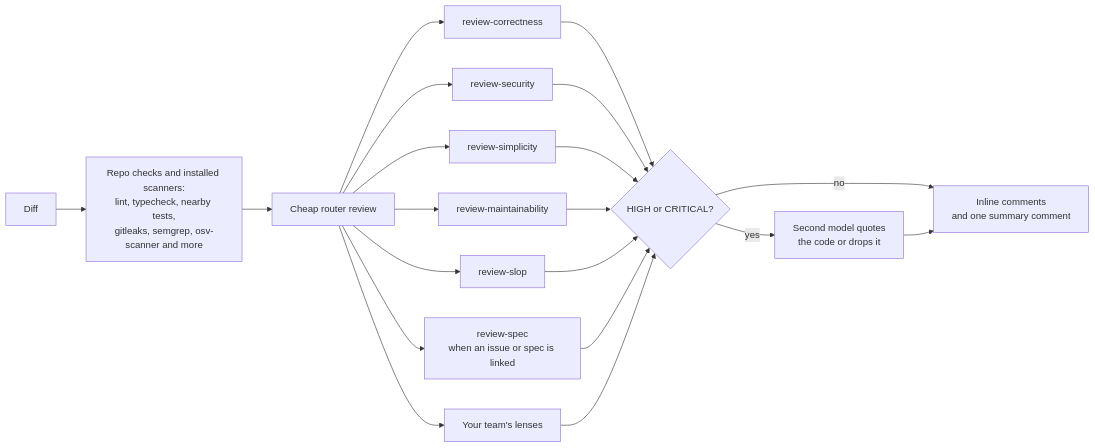
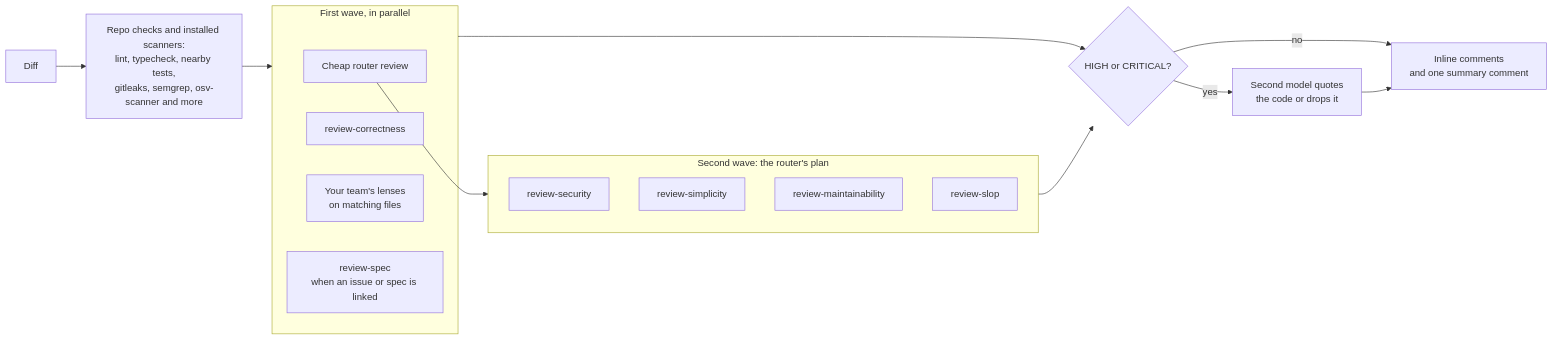
Before and after one commit to jagreehal/shepherd: the second of 3 diagrams in docs/src/content/docs/concepts/review-loop.md, drawn with Mermaid. The commit also changed other lines of this file and 32 other files, not shown here.

````diff
--- a/docs/src/content/docs/concepts/review-loop.md
+++ b/docs/src/content/docs/concepts/review-loop.md
@@ -35,16 +35,22 @@
 ```mermaid
 flowchart LR
     D[Diff] --> CK[Repo checks and installed scanners:<br/>lint, typecheck, nearby tests,<br/>gitleaks, semgrep, osv-scanner and more]
-    CK --> RT[Cheap router review]
-    RT --> L1[review-correctness]
-    RT --> L2[review-security]
-    RT --> L3[review-simplicity]
-    RT --> L4[review-maintainability]
-    RT --> L5[review-slop]
-    RT --> L6[review-spec<br/>when an issue or spec is linked]
-    RT --> LT[Your team's lenses]
-    L1 & L2 & L3 & L4 & L5 & L6 & LT --> VF{HIGH or CRITICAL?}
+    CK --> W1
+    subgraph W1[First wave, in parallel]
+      RT[Cheap router review]
+      L1[review-correctness]
+      LT[Your team's lenses<br/>on matching files]
+      L6[review-spec<br/>when an issue or spec is linked]
+    end
+    RT --> W2
+    subgraph W2[Second wave: the router's plan]
+      L2[review-security]
+      L3[review-simplicity]
+      L4[review-maintainability]
+      L5[review-slop]
+    end
+    W1 & W2 --> VF{HIGH or CRITICAL?}
     VF -- yes --> V2[Second model quotes<br/>the code or drops it]
     VF -- no --> P
     V2 --> P[Inline comments<br/>and one summary comment]
 ```
````
